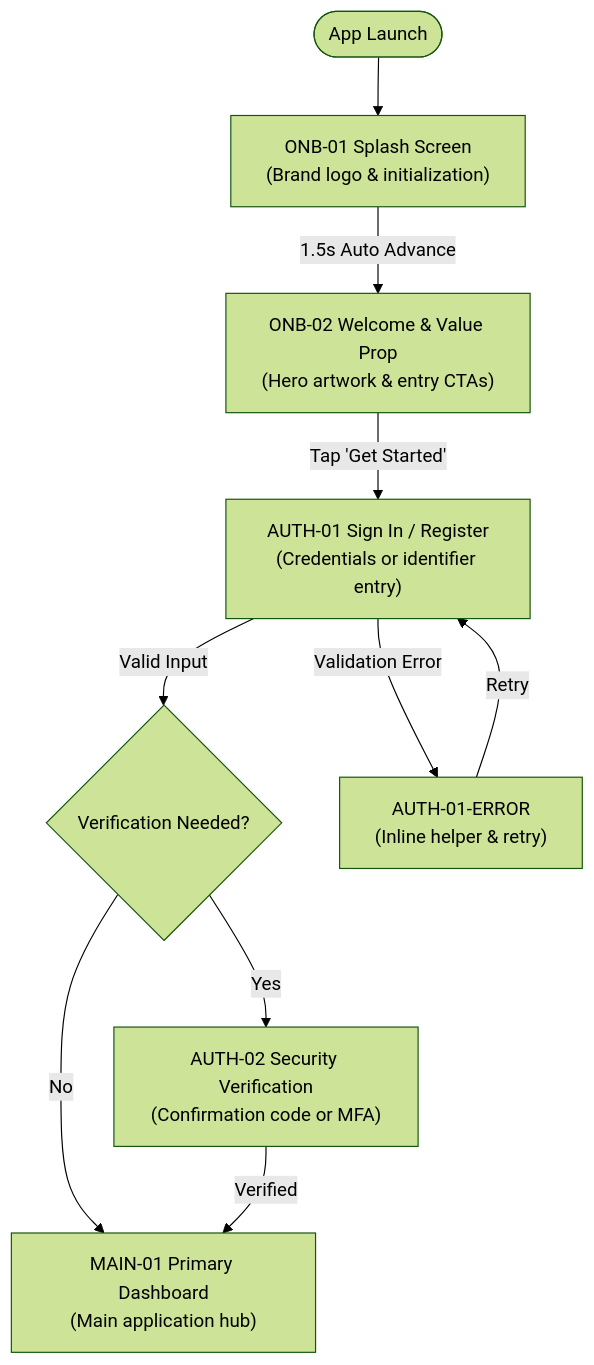
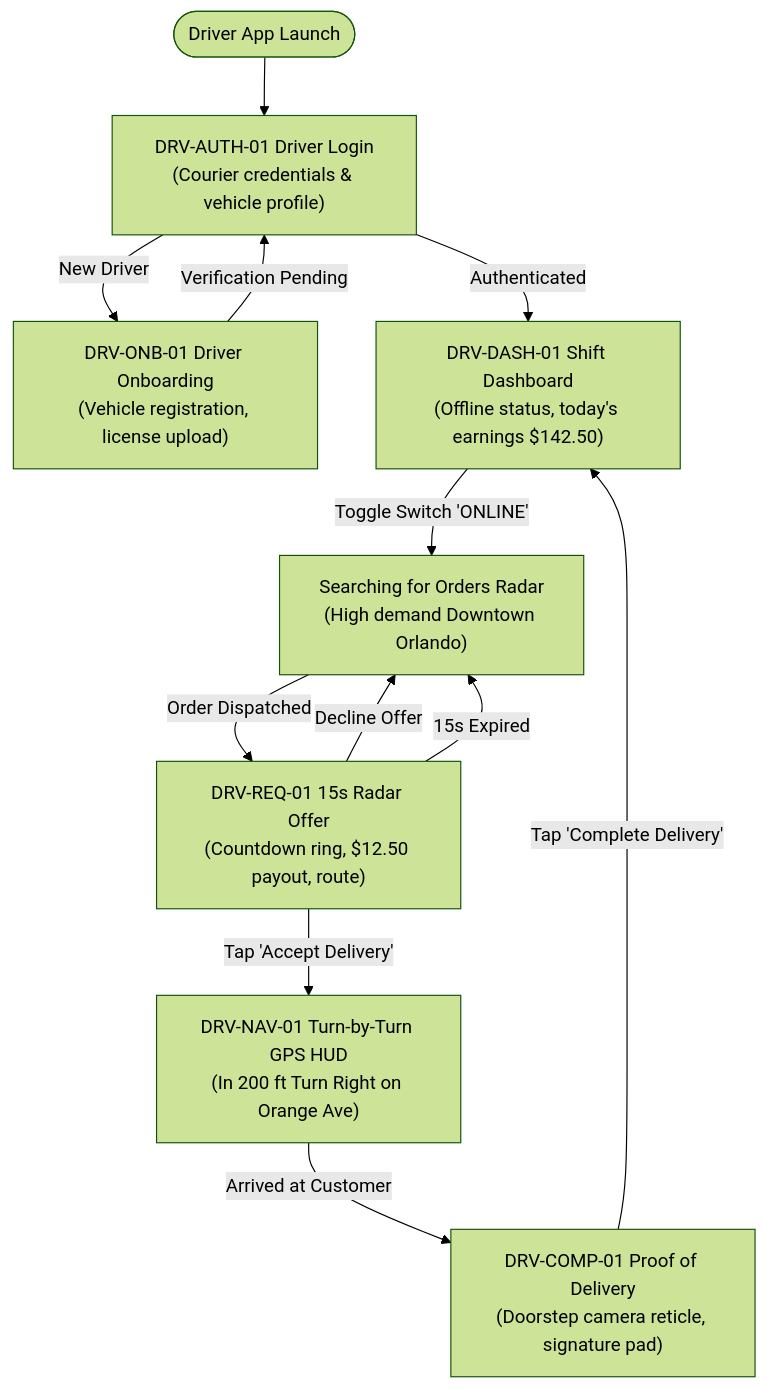
One commit to rik9922/Figma changed the second of 2 diagrams in projects/crust-and-q/architecture/USER_FLOWS.md. Above: the diagram before and after it, drawn with Mermaid (forest theme). The commit also changed other lines of this file and 30 other files, not shown here.

Commit message:
feat(crust-and-q): complete 30-screen architecture expansion, requirements repair, and math reconciliation

````diff
--- a/projects/crust-and-q/architecture/USER_FLOWS.md
+++ b/projects/crust-and-q/architecture/USER_FLOWS.md
@@ -5,12 +41,17 @@
 ```mermaid
 flowchart TD
-    Launch([App Launch]) --> ONB01["ONB-01 Splash Screen\n(Brand logo & initialization)"]
-    ONB01 -->|1.5s Auto Advance| ONB02["ONB-02 Welcome & Value Prop\n(Hero artwork & entry CTAs)"]
-    ONB02 -->|Tap 'Get Started'| AUTH01["AUTH-01 Sign In / Register\n(Credentials or identifier entry)"]
-    AUTH01 -->|Valid Input| AuthCheck{Verification Needed?}
-    AuthCheck -->|Yes| AUTH02["AUTH-02 Security Verification\n(Confirmation code or MFA)"]
-    AuthCheck -->|No| MAIN01["MAIN-01 Primary Dashboard\n(Main application hub)"]
-    AUTH02 -->|Verified| MAIN01
-    AUTH01 -->|Validation Error| AUTH01ERR["AUTH-01-ERROR\n(Inline helper & retry)"]
-    AUTH01ERR -->|Retry| AUTH01
+    DrvLaunch([Driver App Launch]) --> DRVAUTH01["DRV-AUTH-01 Driver Login\n(Courier credentials & vehicle profile)"]
+    DRVAUTH01 -->|New Driver| DRVONB01["DRV-ONB-01 Driver Onboarding\n(Vehicle registration, license upload)"]
+    DRVONB01 -->|Verification Pending| DRVAUTH01
+    DRVAUTH01 -->|Authenticated| DRVDASH01["DRV-DASH-01 Shift Dashboard\n(Offline status, today's earnings $142.50)"]
+    
+    DRVDASH01 -->|Toggle Switch 'ONLINE'| SearchingState["Searching for Orders Radar\n(High demand Downtown Orlando)"]
+    SearchingState -->|Order Dispatched| DRVREQ01["DRV-REQ-01 15s Radar Offer\n(Countdown ring, $12.50 payout, route)"]
+    
+    DRVREQ01 -->|Decline Offer| SearchingState
+    DRVREQ01 -->|15s Expired| SearchingState
+    DRVREQ01 -->|Tap 'Accept Delivery'| DRVNAV01["DRV-NAV-01 Turn-by-Turn GPS HUD\n(In 200 ft Turn Right on Orange Ave)"]
+    
+    DRVNAV01 -->|Arrived at Customer| DRVCOMP01["DRV-COMP-01 Proof of Delivery\n(Doorstep camera reticle, signature pad)"]
+    DRVCOMP01 -->|Tap 'Complete Delivery'| DRVDASH01
 ```
````
